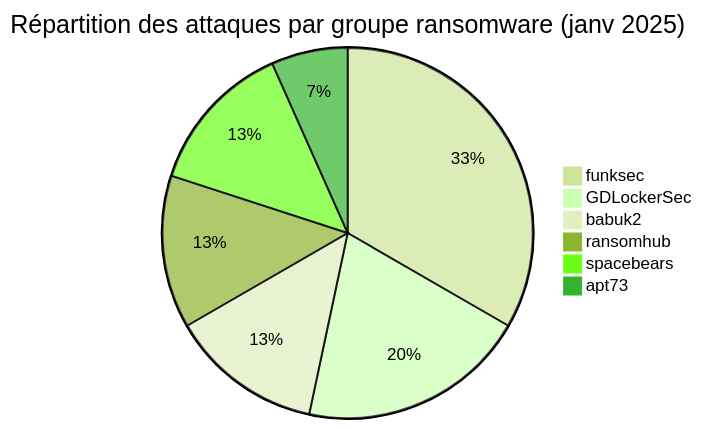
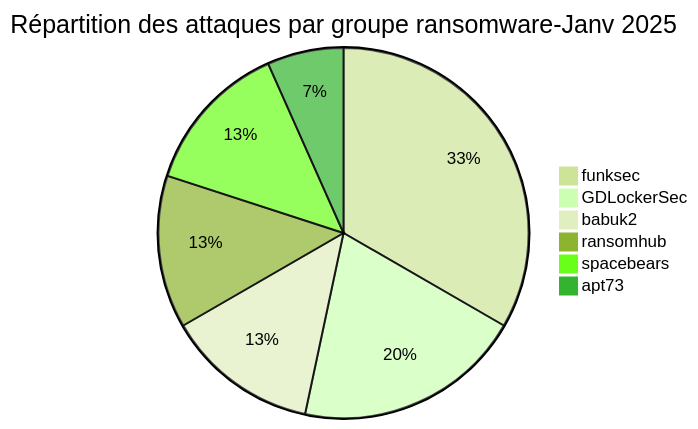
Before and after one commit to Hatchepsoute/AFRINTEL: the first of 5 diagrams in reports/2025/01-january/README_FR.md, drawn with Mermaid (forest theme). The commit also changed 1 other file, not shown here.

Commit message:
Rapport CTI : Cyberattaques en Afrique

````diff
--- a/reports/2025/01-january/README_FR.md
+++ b/reports/2025/01-january/README_FR.md
@@ -32,9 +32,9 @@
 ```mermaid
-pie title Répartition des attaques par groupe ransomware (janv 2025)
+pie title Répartition des attaques par groupe ransomware-Janv 2025
     "funksec" : 5
     "GDLockerSec" : 3
     "babuk2" : 2
     "ransomhub" : 2
     "spacebears" : 2
     "apt73" : 1
 ```
````
